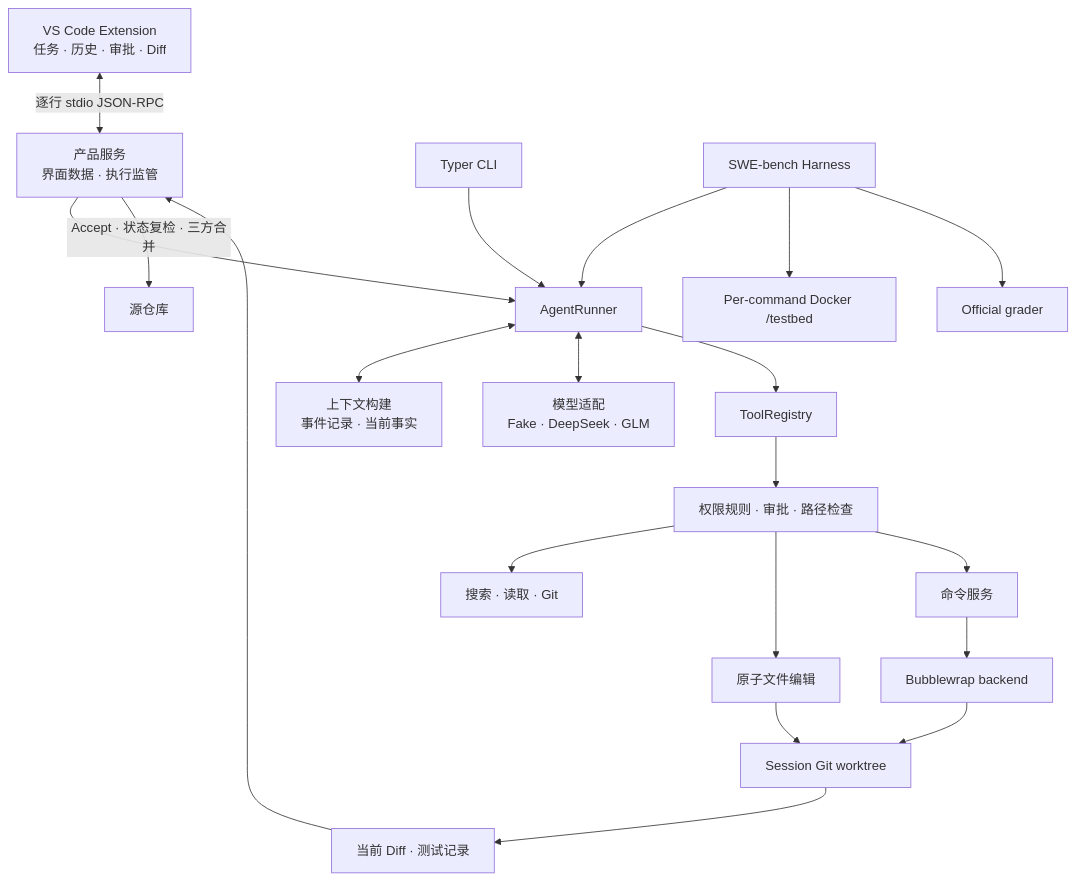
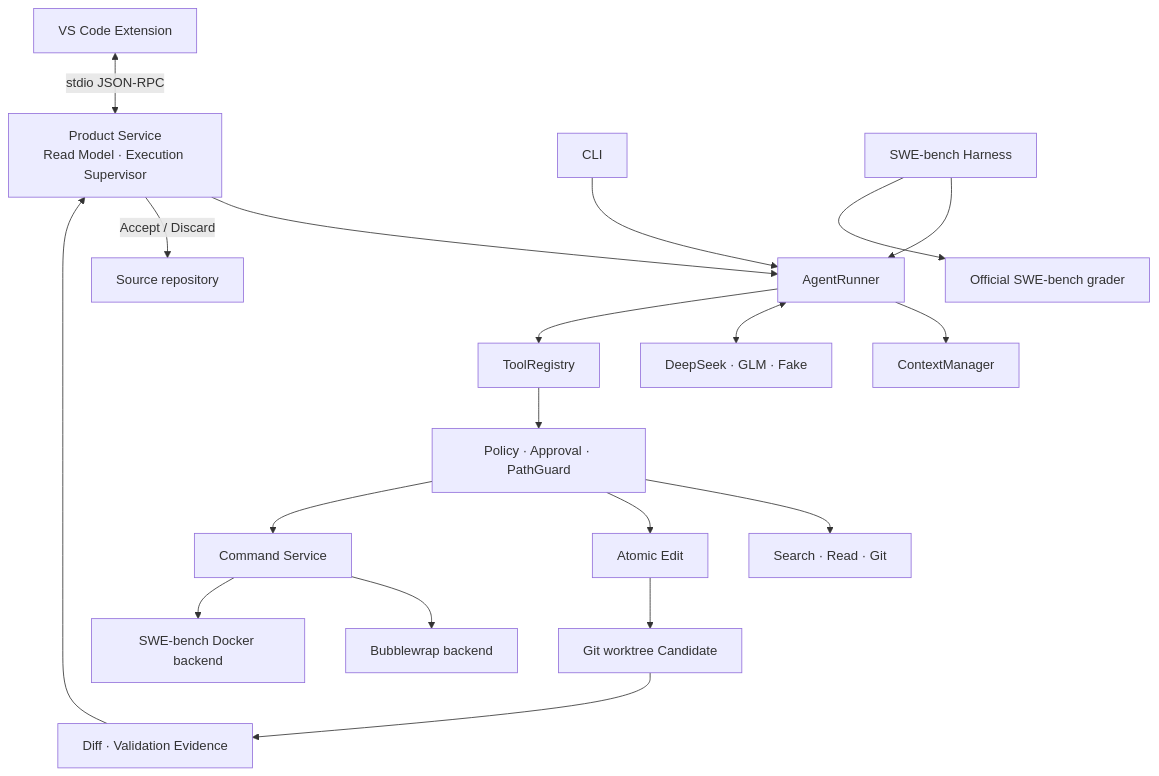
Before and after one commit to YeYan0829/codingAgent: the diagram in docs/ARCHITECTURE.md, drawn with Mermaid. The commit also changed other lines of this file and 16 other files, not shown here.

````diff
--- a/docs/ARCHITECTURE.md
+++ b/docs/ARCHITECTURE.md
@@ -26,22 +19,21 @@
 ```mermaid
 flowchart TD
-    UI[VS Code Extension\n任务 · 历史 · 审批 · Diff] <-->|逐行 stdio JSON-RPC| Product[产品服务\n界面数据 · 执行监管]
-    CLI[Typer CLI] --> Runner[AgentRunner]
+    UI[VS Code Extension] <-->|stdio JSON-RPC| Product[Product Service\nRead Model · Execution Supervisor]
+    CLI[CLI] --> Runner[AgentRunner]
     Product --> Runner
-    Runner <--> Context[上下文构建\n事件记录 · 当前事实]
-    Runner <--> Model[模型适配\nFake · DeepSeek · GLM]
+    Bench[SWE-bench Harness] --> Runner
+    Runner --> Context[ContextManager]
+    Runner <--> Model[DeepSeek · GLM · Fake]
     Runner --> Registry[ToolRegistry]
-    Registry --> Guard[权限规则 · 审批 · 路径检查]
-    Guard --> Read[搜索 · 读取 · Git]
-    Guard --> Edit[原子文件编辑]
-    Guard --> Command[命令服务]
-    Edit --> Candidate[Session Git worktree]
-    Command --> Bwrap[Bubblewrap backend]
-    Bwrap --> Candidate
-    Candidate --> Evidence[当前 Diff · 测试记录]
-    Evidence --> Product
-    Product -->|Accept · 状态复检 · 三方合并| Source[源仓库]
-    Bench[SWE-bench Harness] --> Runner
-    Bench --> Docker[Per-command Docker /testbed]
-    Bench --> Grader[Official grader]
+    Registry --> Policy[Policy · Approval · PathGuard]
+    Policy --> Read[Search · Read · Git]
+    Policy --> Edit[Atomic Edit]
+    Policy --> Command[Command Service]
+    Edit --> Candidate[Git worktree Candidate]
+    Command --> Local[Bubblewrap backend]
+    Command --> Docker[SWE-bench Docker backend]
+    Candidate --> Validation[Diff · Validation Evidence]
+    Validation --> Product
+    Product -->|Accept / Discard| Source[Source repository]
+    Bench --> Grader[Official SWE-bench grader]
 ```
````
